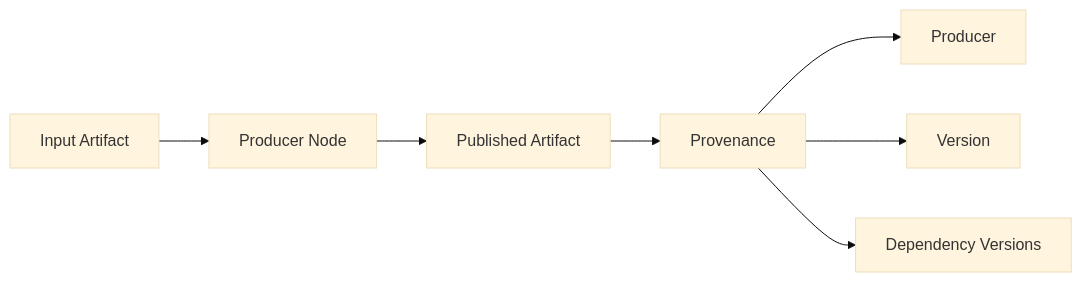
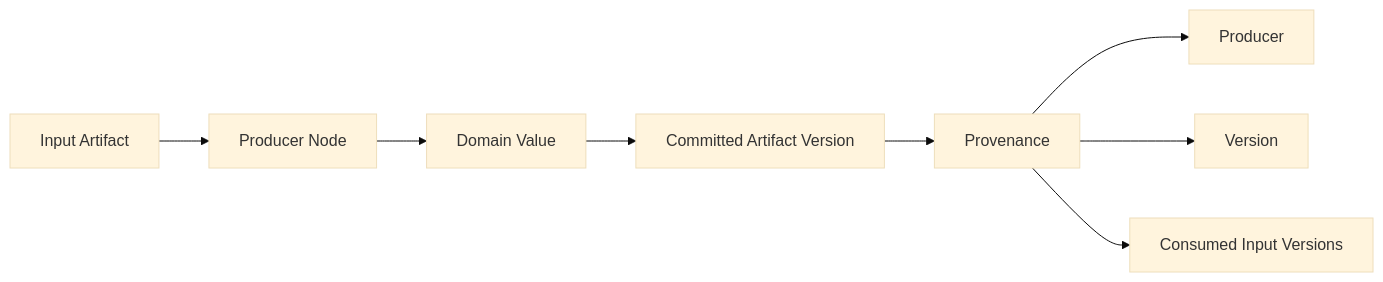
Before and after one commit to aam-cloudsky/Reed: the fifth of 10 diagrams in docs/architecture.md, drawn with Mermaid (base theme). The commit also changed other lines of this file, not shown here.

````diff
--- a/docs/architecture.md
+++ b/docs/architecture.md
@@ -276,10 +176,11 @@
 ```mermaid
 flowchart LR
     A[Input Artifact] --> N[Producer Node]
-    N --> B[Published Artifact]
-    B --> P[Provenance]
+    N --> B[Domain Value]
+    B --> W[Committed Artifact Version]
+    W --> Prov[Provenance]
 
-    P --> O[Producer]
-    P --> V[Version]
-    P --> D[Dependency Versions]
+    Prov --> O[Producer]
+    Prov --> V[Version]
+    Prov --> Dep[Consumed Input Versions]
 ```
````
